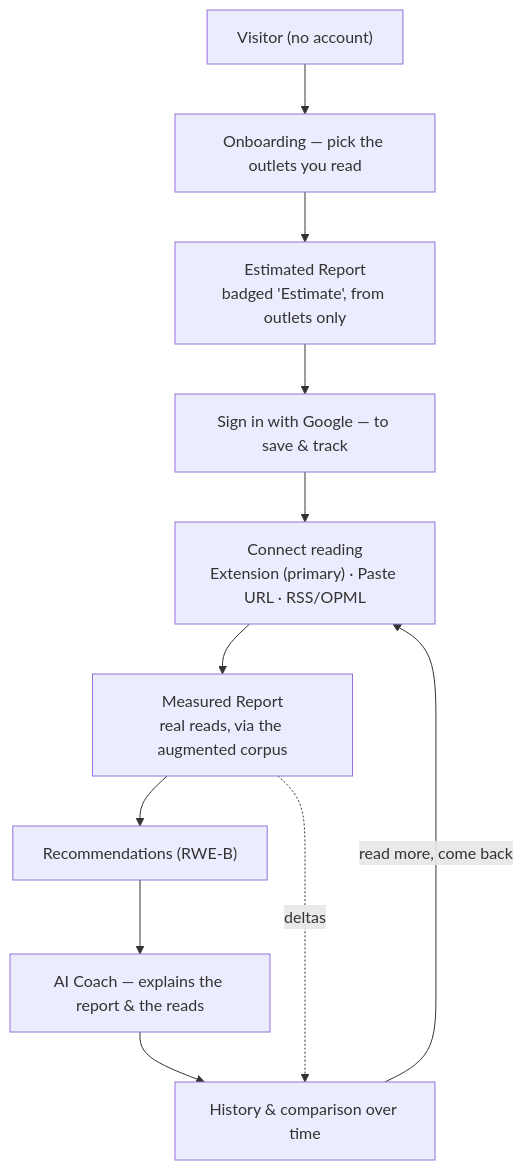
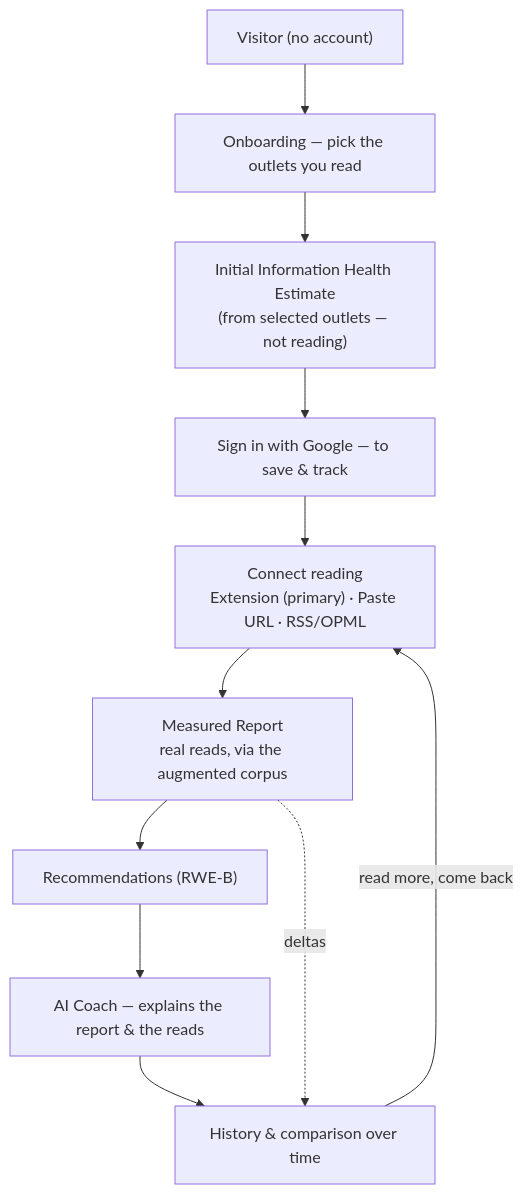
Before and after one commit to greenwichg/random_walks_with_erasure: the first of 3 diagrams in docs/BETA_ARCHITECTURE.md, drawn with Mermaid. The commit also changed other lines of this file, not shown here.

First line of the commit message:
Frame the onboarding result as an Initial Information Health Estimate

````diff
--- a/docs/BETA_ARCHITECTURE.md
+++ b/docs/BETA_ARCHITECTURE.md
@@ -37,13 +37,13 @@
 ```mermaid
 flowchart TD
   V["Visitor (no account)"] --> O["Onboarding — pick the outlets you read"]
-  O --> E["Estimated Report<br/>badged 'Estimate', from outlets only"]
+  O --> E["Initial Information Health Estimate<br/>(from selected outlets — not reading)"]
   E --> A["Sign in with Google — to save & track"]
   A --> I["Connect reading<br/>Extension (primary) · Paste URL · RSS/OPML"]
   I --> U["Measured Report<br/>real reads, via the augmented corpus"]
   U --> R["Recommendations (RWE-B)"]
   R --> C["AI Coach — explains the report & the reads"]
   C --> H["History & comparison over time"]
   H -->|read more, come back| I
   U -. deltas .-> H
 ```
````
